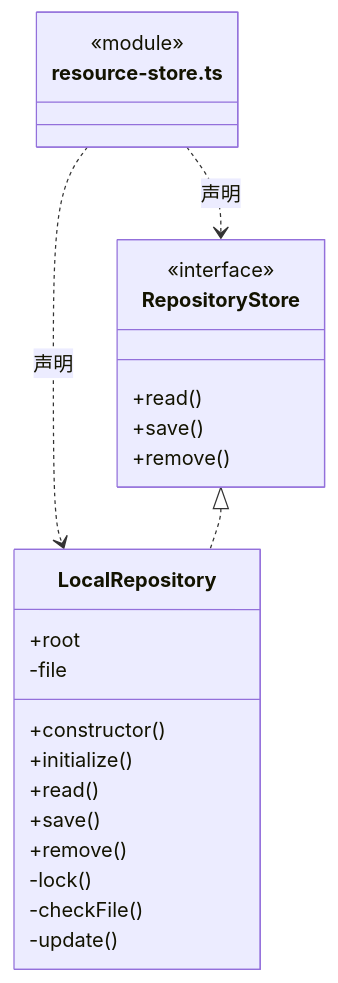
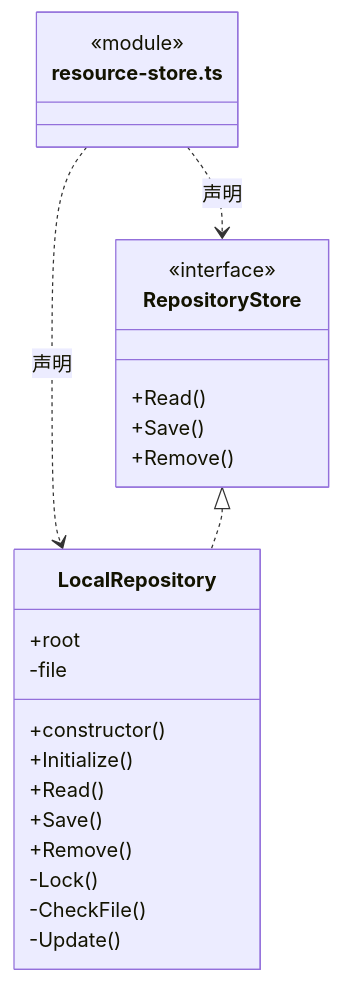
Before and after one commit to nan023062/cbim: the sixth of 8 diagrams in src/logic/resources/service/ARCHITECTURE.md, drawn with Mermaid. The commit also changed other lines of this file and 1035 other files, not shown here.

````diff
--- a/src/logic/resources/service/ARCHITECTURE.md
+++ b/src/logic/resources/service/ARCHITECTURE.md
@@ -148,27 +148,27 @@
 ```mermaid
 classDiagram
 class N_src_logic_resources_service_resource_store_ts["resource-store.ts"] {
   <<module>>
 }
 class N_src_logic_resources_service_resource_store_ts_RepositoryStore["RepositoryStore"] {
   <<interface>>
-  +read()
-  +save()
-  +remove()
+  +Read()
+  +Save()
+  +Remove()
 }
 N_src_logic_resources_service_resource_store_ts ..> N_src_logic_resources_service_resource_store_ts_RepositoryStore : 声明
 class N_src_logic_resources_service_resource_store_ts_LocalRepository["LocalRepository"] {
   +root
   +constructor()
-  +initialize()
-  +read()
-  +save()
-  +remove()
+  +Initialize()
+  +Read()
+  +Save()
+  +Remove()
   -file
-  -lock()
-  -checkFile()
-  -update()
+  -Lock()
+  -CheckFile()
+  -Update()
 }
 N_src_logic_resources_service_resource_store_ts ..> N_src_logic_resources_service_resource_store_ts_LocalRepository : 声明
 N_src_logic_resources_service_resource_store_ts_RepositoryStore <|.. N_src_logic_resources_service_resource_store_ts_LocalRepository
 ```
````
